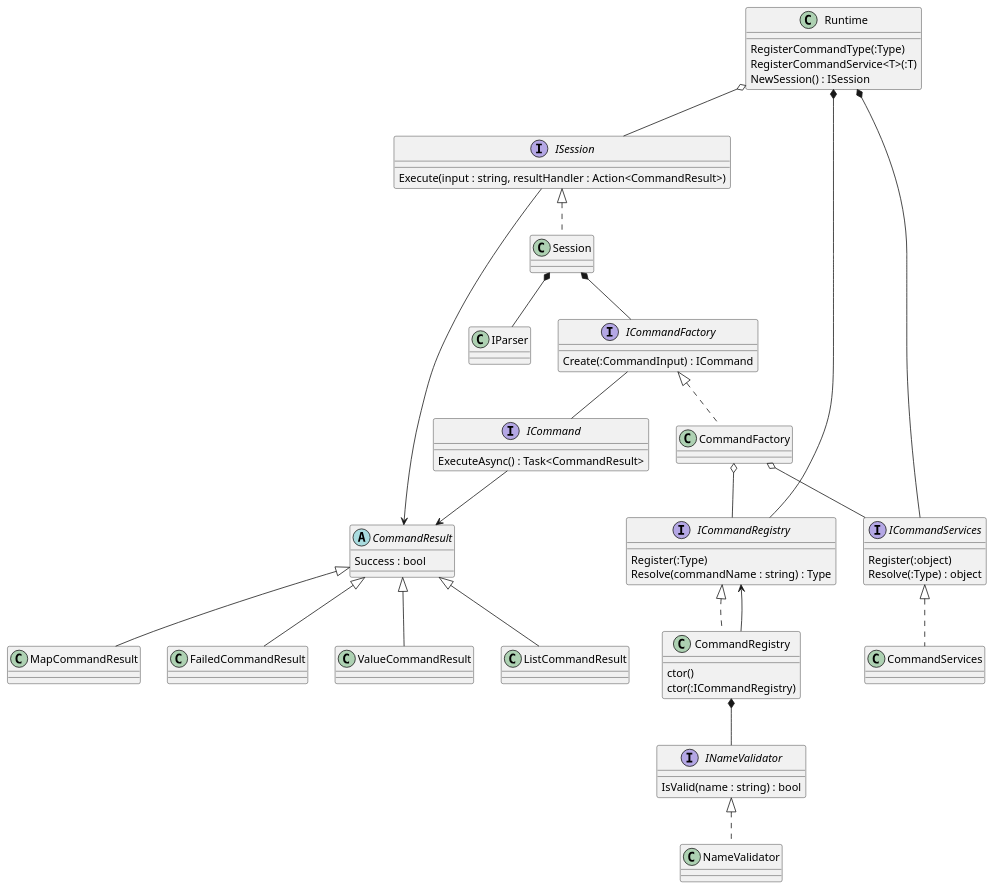
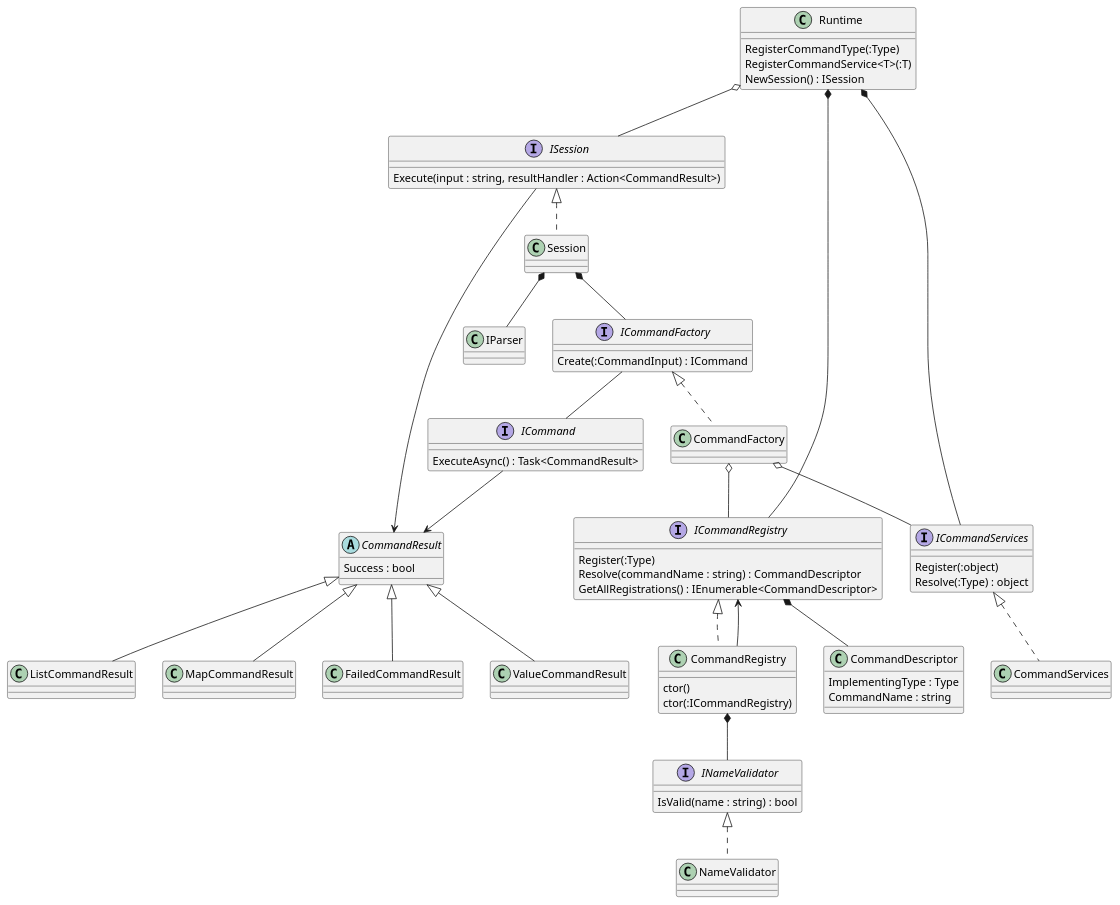
One commit to codeflood/chel changed the diagram in docs/class-design.puml. Above: the diagram before and after it, drawn with PlantUML. The commit also changed 11 other files, not shown here.

Commit message:
Refactor CommandRegistry to return descriptors instead of types

```diff
--- a/docs/class-design.puml
+++ b/docs/class-design.puml
@@ -1,82 +1,90 @@
 @startuml class
 
 interface ICommand {
     ExecuteAsync() : Task<CommandResult>
 }
 
 abstract class CommandResult {
     Success : bool
 }
 
 class ValueCommandResult
 CommandResult <|-- ValueCommandResult
 
 class ListCommandResult
 CommandResult <|-- ListCommandResult
 
 class MapCommandResult
 CommandResult <|-- MapCommandResult
 
 class FailedCommandResult
 CommandResult <|-- FailedCommandResult
 
 ICommand --> CommandResult
 
 interface ICommandFactory {
     Create(:CommandInput) : ICommand
 }
 
+ICommandFactory -- ICommand
+
+class CommandDescriptor {
+    ImplementingType : Type
+    CommandName : string
+}
+
 interface ICommandRegistry {
     Register(:Type)
-    Resolve(commandName : string) : Type
+    Resolve(commandName : string) : CommandDescriptor
+    GetAllRegistrations() : IEnumerable<CommandDescriptor>
 }
 
-ICommandFactory -- ICommand
+ICommandRegistry *-- CommandDescriptor
 
 class CommandRegistry implements ICommandRegistry {
     ctor()
     ctor(:ICommandRegistry)
 }
 CommandRegistry --> ICommandRegistry
 
 class CommandFactory implements ICommandFactory
 CommandFactory o-- ICommandRegistry
 CommandFactory o-- ICommandServices
 
 interface INameValidator {
     IsValid(name : string) : bool
 }
 
 class NameValidator implements INameValidator
 
 CommandRegistry *-- INameValidator
 
 interface ISession {
     Execute(input : string, resultHandler : Action<CommandResult>)
 }
 
 ISession --> CommandResult
 
 class Session implements ISession
 
 Session *-- ICommandFactory
 Session *-- IParser
 
 interface ICommandServices {
     Register(:object)
     Resolve(:Type) : object
 }
 
 class CommandServices implements ICommandServices
 
 class Runtime {
     RegisterCommandType(:Type)
     RegisterCommandService<T>(:T)
     NewSession() : ISession
 }
 
 Runtime o-- ISession
 Runtime *-- ICommandRegistry
 Runtime *-- ICommandServices
 
 @enduml
```
